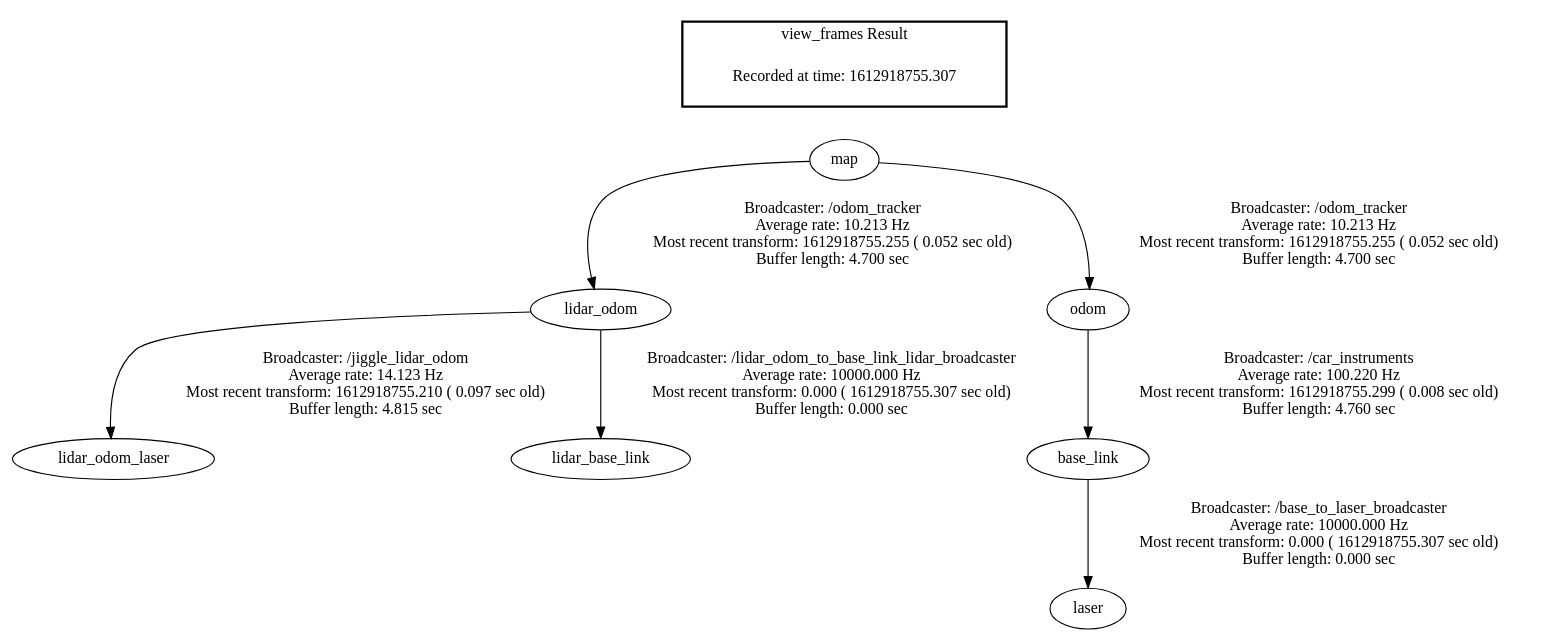
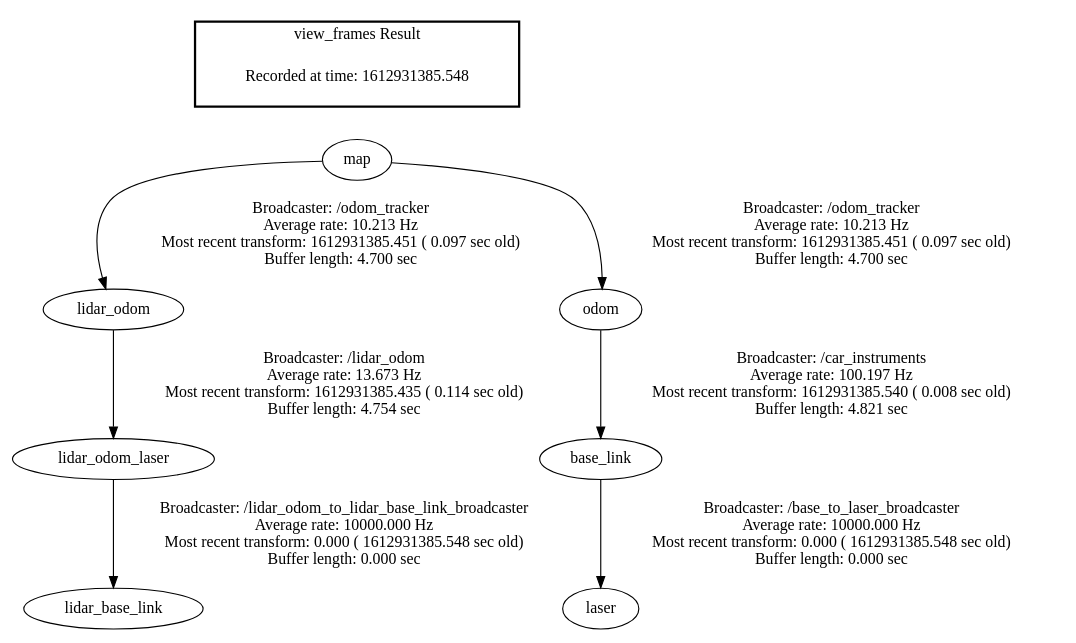
Before and after one commit to berickson/jiggle_ws: the diagram in frames.gv, drawn with Graphviz. The commit also changed 2 other files, not shown here.

```diff
--- a/frames.gv
+++ b/frames.gv
@@ -1,12 +1,12 @@
 digraph G {
-"lidar_odom" -> "lidar_odom_laser"[label="Broadcaster: /jiggle_lidar_odom\nAverage rate: 14.123 Hz\nMost recent transform: 1612918755.210 ( 0.097 sec old)\nBuffer length: 4.815 sec\n"];
-"map" -> "lidar_odom"[label="Broadcaster: /odom_tracker\nAverage rate: 10.213 Hz\nMost recent transform: 1612918755.255 ( 0.052 sec old)\nBuffer length: 4.700 sec\n"];
-"base_link" -> "laser"[label="Broadcaster: /base_to_laser_broadcaster\nAverage rate: 10000.000 Hz\nMost recent transform: 0.000 ( 1612918755.307 sec old)\nBuffer length: 0.000 sec\n"];
-"odom" -> "base_link"[label="Broadcaster: /car_instruments\nAverage rate: 100.220 Hz\nMost recent transform: 1612918755.299 ( 0.008 sec old)\nBuffer length: 4.760 sec\n"];
-"map" -> "odom"[label="Broadcaster: /odom_tracker\nAverage rate: 10.213 Hz\nMost recent transform: 1612918755.255 ( 0.052 sec old)\nBuffer length: 4.700 sec\n"];
-"lidar_odom" -> "lidar_base_link"[label="Broadcaster: /lidar_odom_to_base_link_lidar_broadcaster\nAverage rate: 10000.000 Hz\nMost recent transform: 0.000 ( 1612918755.307 sec old)\nBuffer length: 0.000 sec\n"];
+"lidar_odom_laser" -> "lidar_base_link"[label="Broadcaster: /lidar_odom_to_lidar_base_link_broadcaster\nAverage rate: 10000.000 Hz\nMost recent transform: 0.000 ( 1612931385.548 sec old)\nBuffer length: 0.000 sec\n"];
+"lidar_odom" -> "lidar_odom_laser"[label="Broadcaster: /lidar_odom\nAverage rate: 13.673 Hz\nMost recent transform: 1612931385.435 ( 0.114 sec old)\nBuffer length: 4.754 sec\n"];
+"odom" -> "base_link"[label="Broadcaster: /car_instruments\nAverage rate: 100.197 Hz\nMost recent transform: 1612931385.540 ( 0.008 sec old)\nBuffer length: 4.821 sec\n"];
+"map" -> "odom"[label="Broadcaster: /odom_tracker\nAverage rate: 10.213 Hz\nMost recent transform: 1612931385.451 ( 0.097 sec old)\nBuffer length: 4.700 sec\n"];
+"base_link" -> "laser"[label="Broadcaster: /base_to_laser_broadcaster\nAverage rate: 10000.000 Hz\nMost recent transform: 0.000 ( 1612931385.548 sec old)\nBuffer length: 0.000 sec\n"];
+"map" -> "lidar_odom"[label="Broadcaster: /odom_tracker\nAverage rate: 10.213 Hz\nMost recent transform: 1612931385.451 ( 0.097 sec old)\nBuffer length: 4.700 sec\n"];
 edge [style=invis];
  subgraph cluster_legend { style=bold; color=black; label ="view_frames Result";
-"Recorded at time: 1612918755.307"[ shape=plaintext ] ;
+"Recorded at time: 1612931385.548"[ shape=plaintext ] ;
  }->"map";
 }
```
